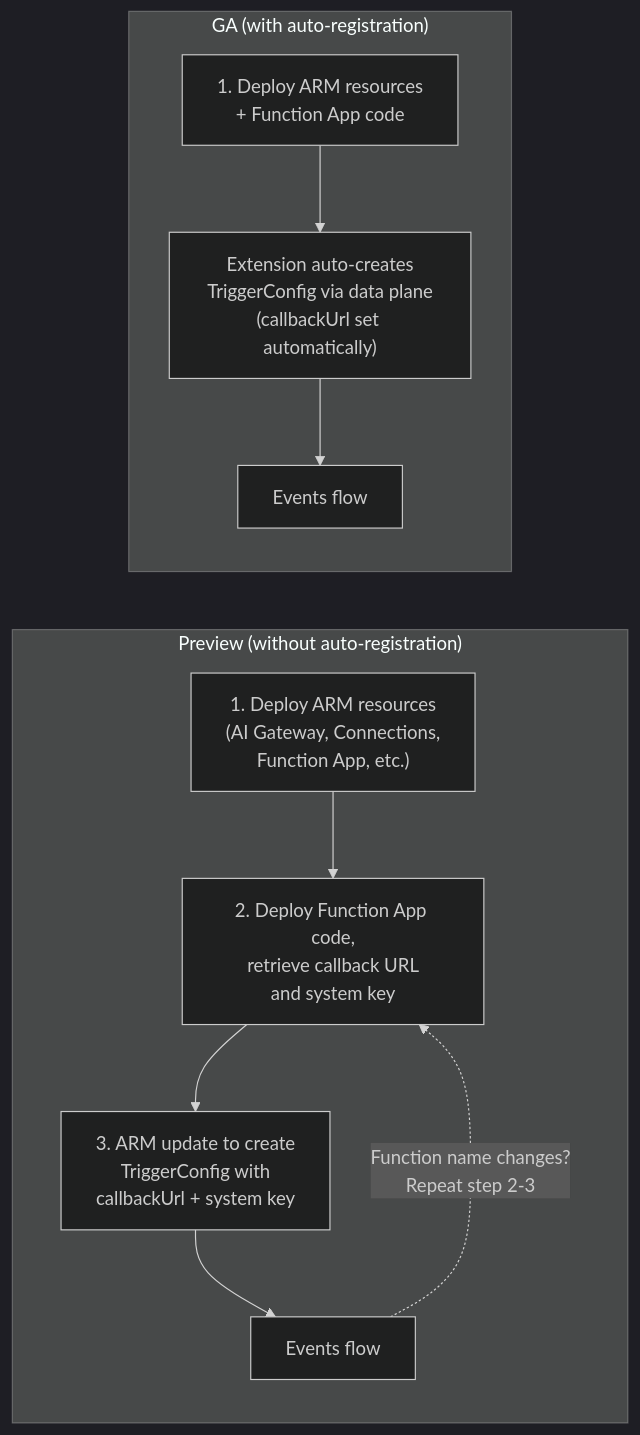
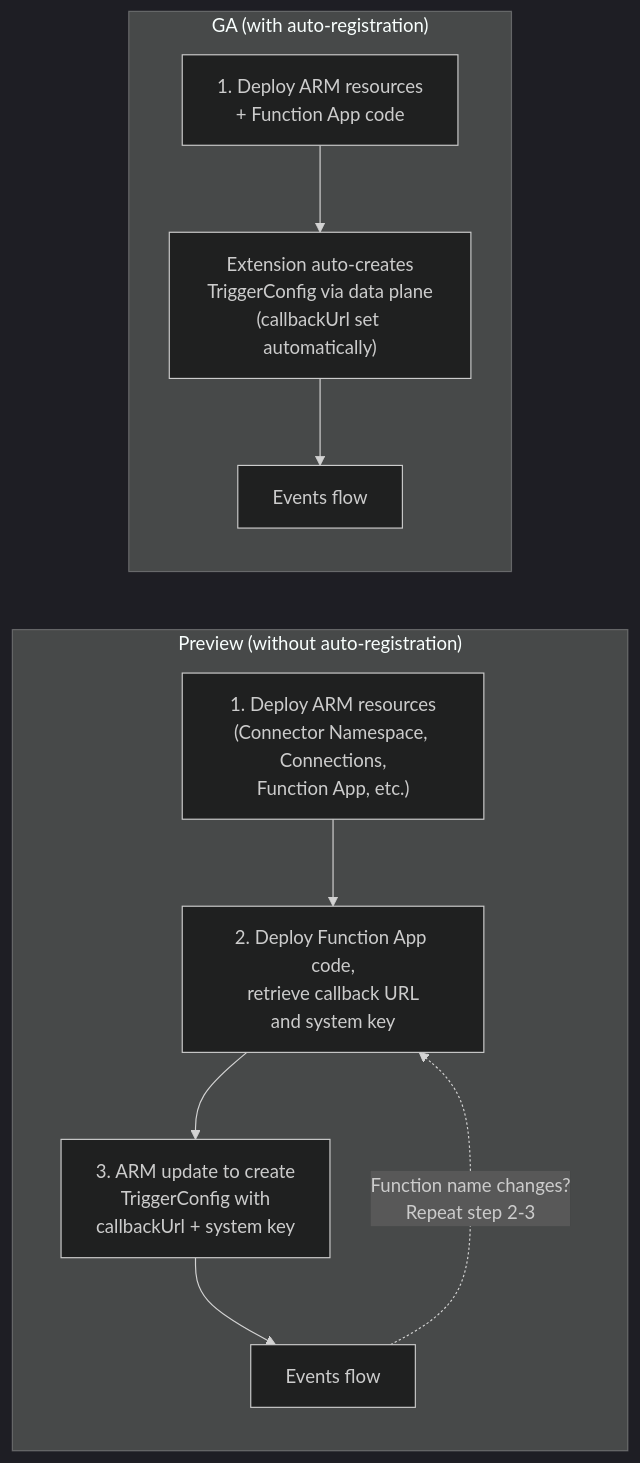
The fourth of 9 diagrams in docs/webhook-auto-registration-design.md (Azure/azure-functions-connector-extension), drawn with Mermaid (dark theme) before and after one commit. The commit also changed other lines of this file and 3 other files, not shown here.

````diff
--- a/docs/webhook-auto-registration-design.md
+++ b/docs/webhook-auto-registration-design.md
@@ -100,14 +105,14 @@
 ```mermaid
 flowchart LR
     subgraph "Preview (without auto-registration)"
-        A["1. Deploy ARM resources<br/>(AI Gateway, Connections,<br/>Function App, etc.)"] --> B["2. Deploy Function App code,<br/>retrieve callback URL<br/>and system key"]
+        A["1. Deploy ARM resources<br/>(Connector Namespace, Connections,<br/>Function App, etc.)"] --> B["2. Deploy Function App code,<br/>retrieve callback URL<br/>and system key"]
         B --> C["3. ARM update to create<br/>TriggerConfig with<br/>callbackUrl + system key"]
         C --> D["Events flow"]
         D -.->|"Function name changes?<br/>Repeat step 2-3"| B
     end
 
     subgraph "GA (with auto-registration)"
         E["1. Deploy ARM resources<br/>+ Function App code"] --> F["Extension auto-creates<br/>TriggerConfig via data plane<br/>(callbackUrl set automatically)"]
         F --> G["Events flow"]
     end
 ```
````
